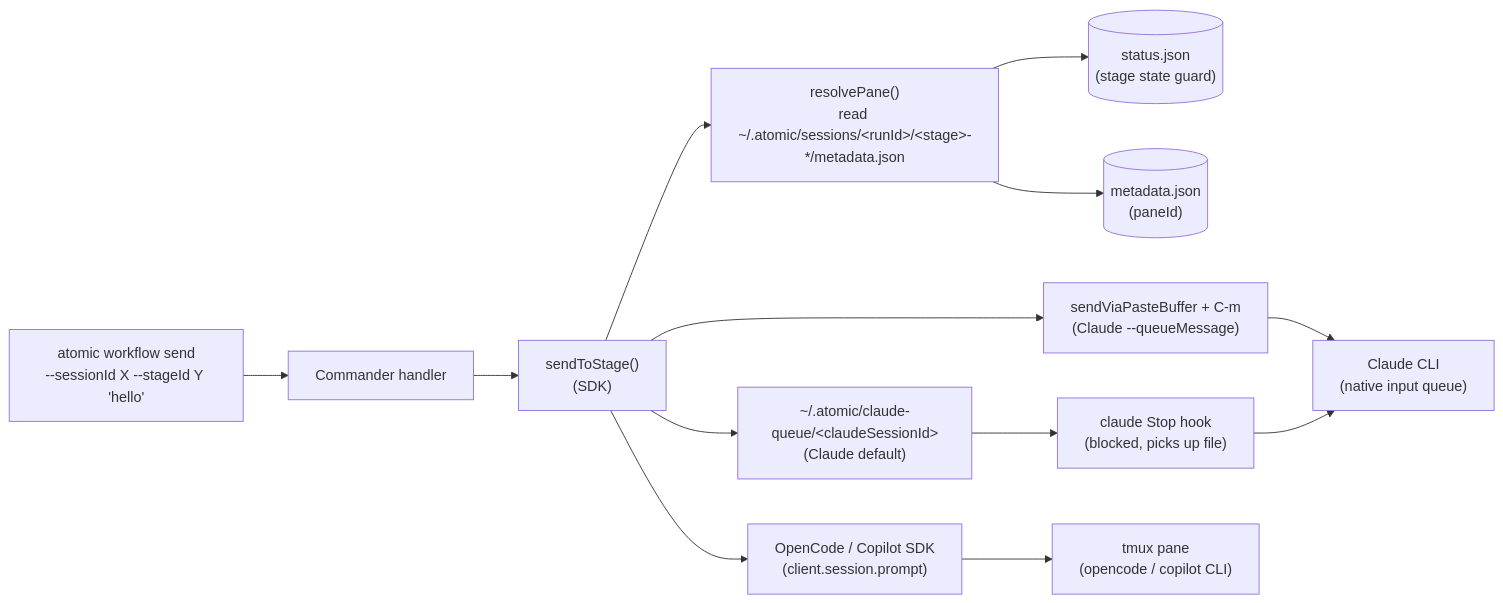
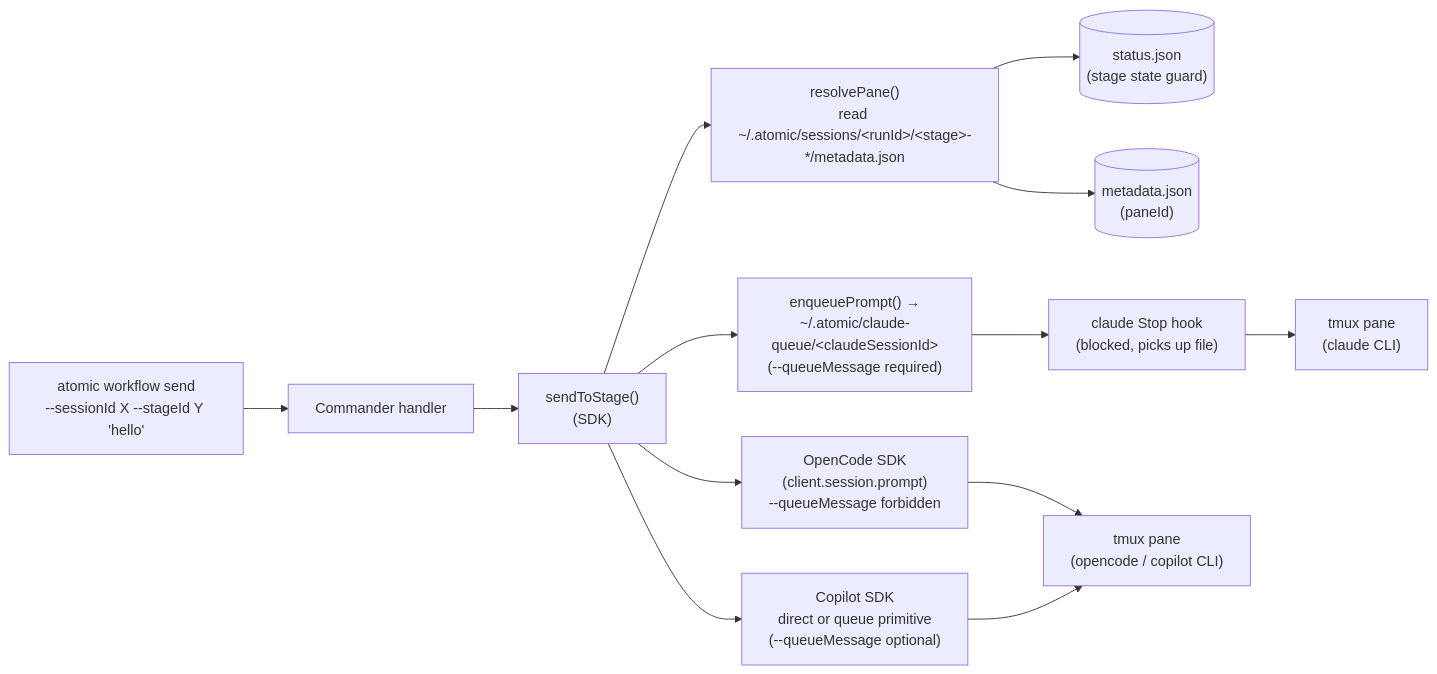
Before and after one commit to elefthei/atomic: the diagram in specs/2026-05-07-atomic-workflow-send-command.md, drawn with Mermaid. The commit also changed other lines of this file, not shown here.

First line of the commit message:
docs(spec): make --queueMessage a strict per-agent contract

````diff
--- a/specs/2026-05-07-atomic-workflow-send-command.md
+++ b/specs/2026-05-07-atomic-workflow-send-command.md
@@ -55,15 +55,15 @@
 ```mermaid
 flowchart LR
     User["atomic workflow send<br/>--sessionId X --stageId Y 'hello'"] --> CLI[Commander handler]
     CLI --> Primitive["sendToStage()<br/>(SDK)"]
     Primitive --> Resolve["resolvePane()<br/>read ~/.atomic/sessions/&lt;runId&gt;/&lt;stage&gt;-*/metadata.json"]
     Resolve --> Snapshot[("status.json<br/>(stage state guard)")]
     Resolve --> MetaFile[("metadata.json<br/>(paneId)")]
-    Primitive --> ProviderSDK["OpenCode / Copilot SDK<br/>(client.session.prompt)"]
-    Primitive --> Queue["~/.atomic/claude-queue/&lt;claudeSessionId&gt;<br/>(Claude default)"]
-    Primitive --> ClaudeTmux["sendViaPasteBuffer + C-m<br/>(Claude --queueMessage)"]
+    Primitive --> OpenCodeSDK["OpenCode SDK<br/>(client.session.prompt)<br/>--queueMessage forbidden"]
+    Primitive --> CopilotSDK["Copilot SDK<br/>direct or queue primitive<br/>(--queueMessage optional)"]
+    Primitive --> Queue["enqueuePrompt() →<br/>~/.atomic/claude-queue/&lt;claudeSessionId&gt;<br/>(--queueMessage required)"]
     Queue --> Hook["claude Stop hook<br/>(blocked, picks up file)"]
-    ProviderSDK --> Pane["tmux pane<br/>(opencode / copilot CLI)"]
-    ClaudeTmux --> ClaudeCLI["Claude CLI<br/>(native input queue)"]
-    Hook --> ClaudeCLI
+    OpenCodeSDK --> Pane["tmux pane<br/>(opencode / copilot CLI)"]
+    CopilotSDK --> Pane
+    Hook --> ClaudePane["tmux pane<br/>(claude CLI)"]
 ```
````
